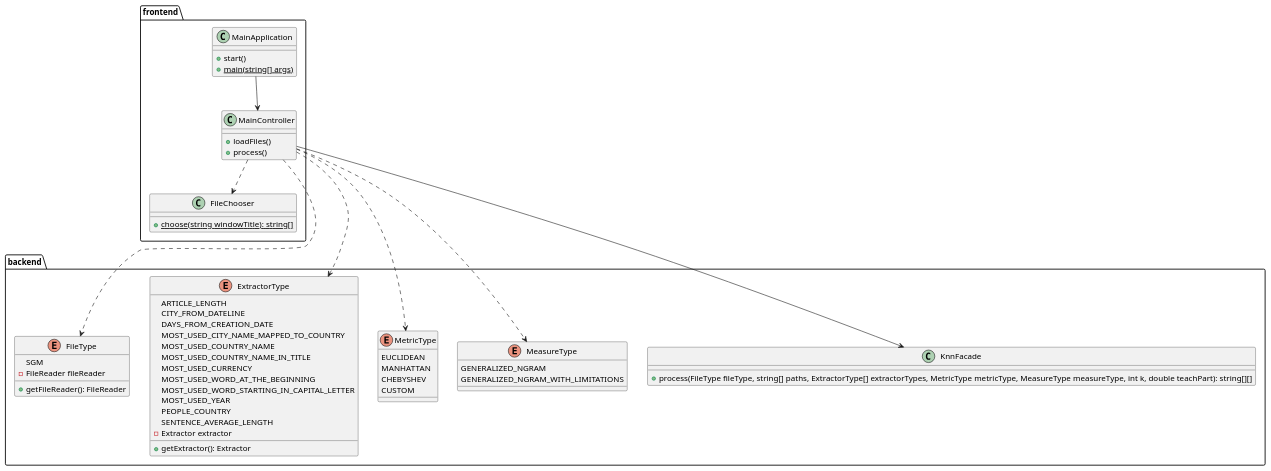
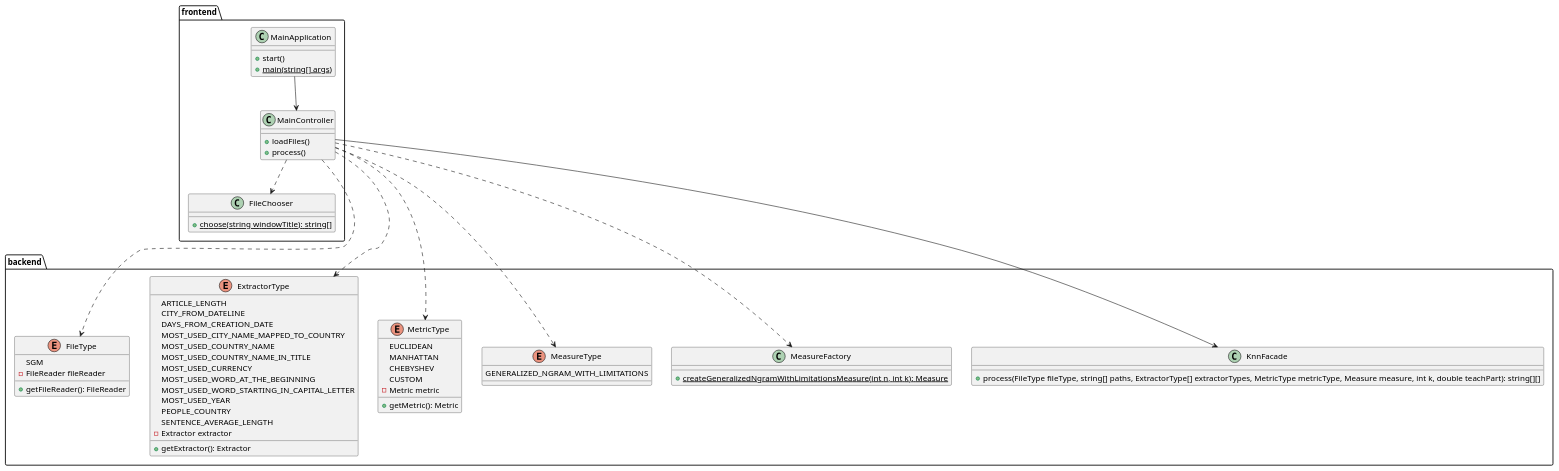
One commit to kambed/Computer-Recognition-Systems changed the second of 10 diagrams in README.md. Above: the diagram before and after it, drawn with PlantUML. The commit also changed other lines of this file, not shown here.

Commit message:
Update Metric

````diff
--- a/README.md
+++ b/README.md
@@ -29,58 +29,63 @@
 ```plantuml
 package frontend {
     class MainApplication {
         + start()
         + {static} main(string[] args)
     }
     class MainController {
         + loadFiles()
         + process()
     }
     class FileChooser {
         + {static} choose(string windowTitle): string[]
     }
     MainController ..> FileChooser
     MainApplication --> MainController
 }
 package backend {
     enum FileType {
         SGM
         - FileReader fileReader
         + getFileReader(): FileReader
     }
     enum ExtractorType {
         ARTICLE_LENGTH
         CITY_FROM_DATELINE
         DAYS_FROM_CREATION_DATE
         MOST_USED_CITY_NAME_MAPPED_TO_COUNTRY
         MOST_USED_COUNTRY_NAME
         MOST_USED_COUNTRY_NAME_IN_TITLE
         MOST_USED_CURRENCY
         MOST_USED_WORD_AT_THE_BEGINNING
         MOST_USED_WORD_STARTING_IN_CAPITAL_LETTER
         MOST_USED_YEAR
         PEOPLE_COUNTRY
         SENTENCE_AVERAGE_LENGTH
         - Extractor extractor
         + getExtractor(): Extractor
     }
     enum MetricType {
         EUCLIDEAN
         MANHATTAN
         CHEBYSHEV
         CUSTOM
+        - Metric metric
+        + getMetric(): Metric
     }
     enum MeasureType {
-        GENERALIZED_NGRAM
         GENERALIZED_NGRAM_WITH_LIMITATIONS
     }
+    class MeasureFactory {
+        + {static} createGeneralizedNgramWithLimitationsMeasure(int n, int k): Measure
+    }
     class KnnFacade {
-        + process(FileType fileType, string[] paths, ExtractorType[] extractorTypes, MetricType metricType, MeasureType measureType, int k, double teachPart): string[][]
+        + process(FileType fileType, string[] paths, ExtractorType[] extractorTypes, MetricType metricType, Measure measure, int k, double teachPart): string[][]
     }
 }
 MainController ---> KnnFacade
 MainController ..> FileType
 MainController ..> MetricType
 MainController ..> MeasureType
+MainController ..> MeasureFactory
 MainController ..> ExtractorType
 ```
````
